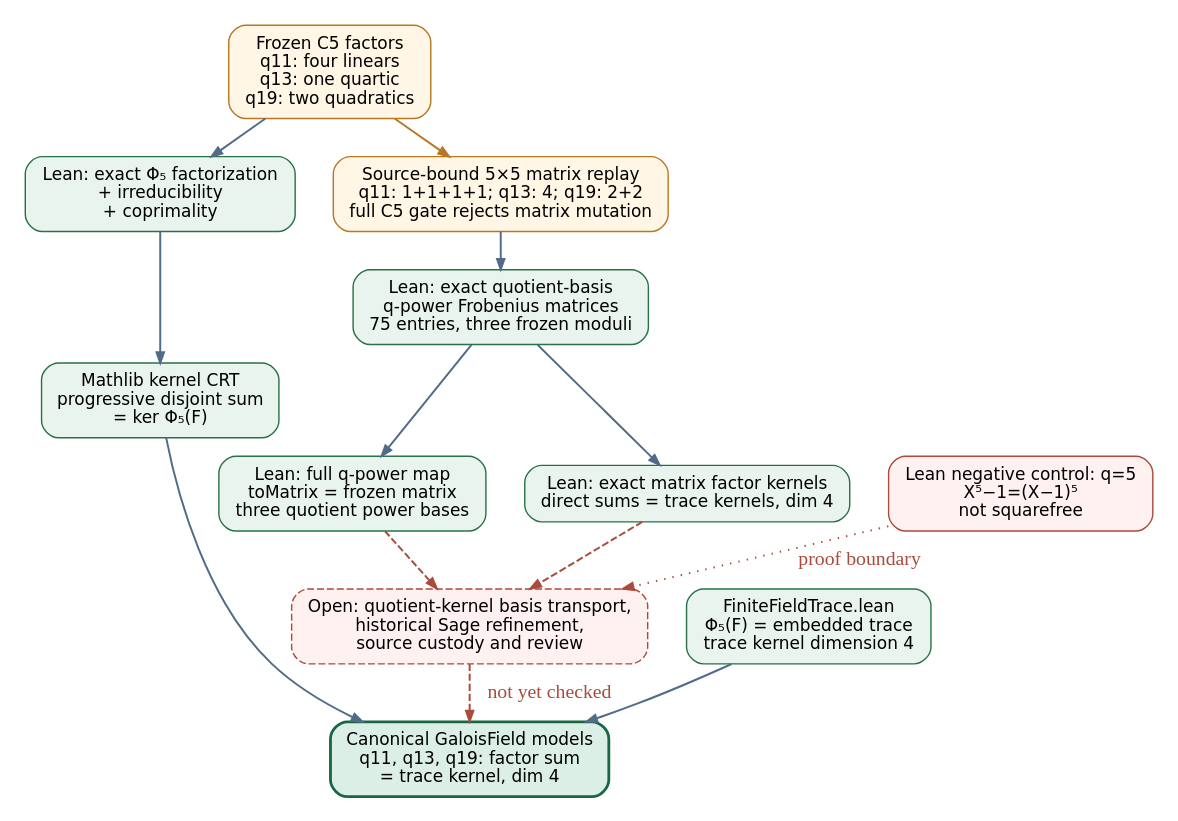
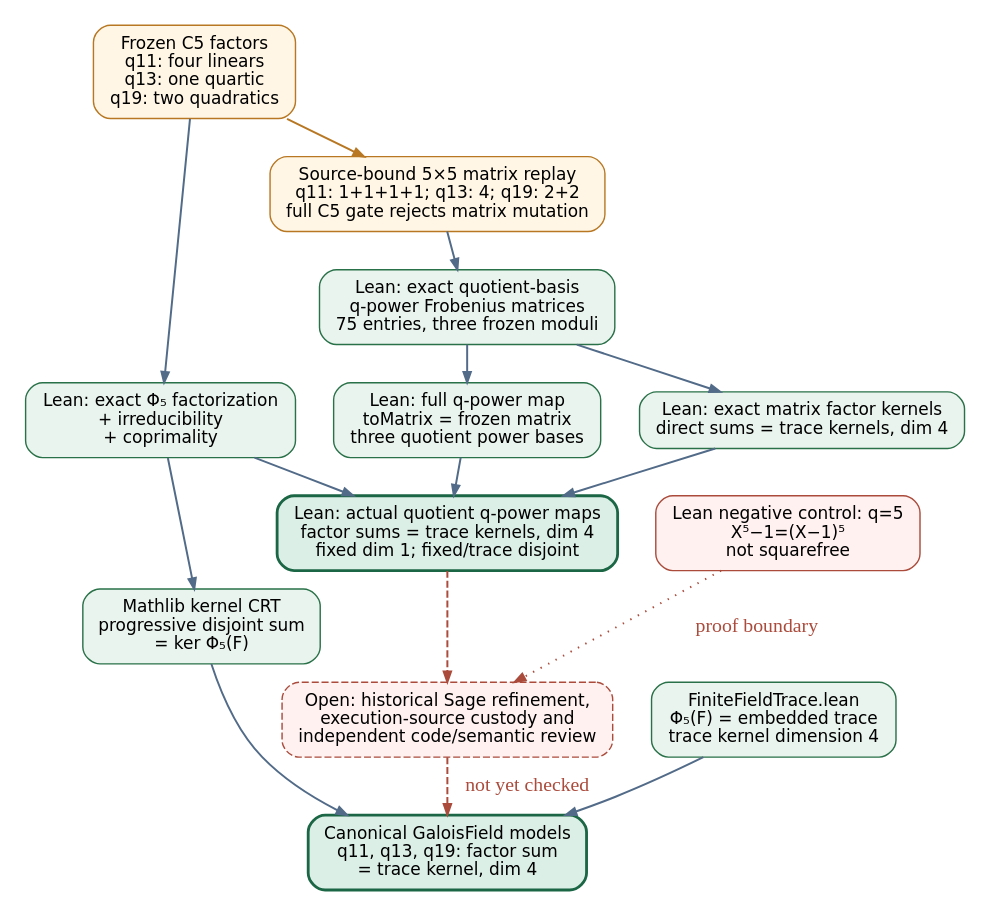
Before and after one commit to aburan28/crypto-autoresearcher: the diagram in docs/reports/2026-10-22-frob-c5-factor-kernels/proof.dot, drawn with Graphviz. The commit also changed 24 other files, not shown here.

Commit message:
Record exact-source C5 quotient controls and update proof graphs

```diff
--- a/docs/reports/2026-10-22-frob-c5-factor-kernels/proof.dot
+++ b/docs/reports/2026-10-22-frob-c5-factor-kernels/proof.dot
@@ -1,26 +1,29 @@
 digraph C5FactorProof {
   graph [rankdir=TB, bgcolor="white", fontname="DejaVu Sans", nodesep=0.38, ranksep=0.36, pad=0.14];
   node [shape=box, style="rounded,filled", fontname="DejaVu Sans", fontsize=12, color="#274c77", fillcolor="#edf5ff", margin="0.16,0.10"];
   edge [color="#526b88", arrowsize=0.75, penwidth=1.4];
   frozen [label="Frozen C5 factors\nq11: four linears\nq13: one quartic\nq19: two quadratics", fillcolor="#fff6e5", color="#b87823"];
   exact [label="Lean: exact Φ₅ factorization\n+ irreducibility\n+ coprimality", fillcolor="#eaf4ee", color="#297148"];
   crt [label="Mathlib kernel CRT\nprogressive disjoint sum\n= ker Φ₅(F)", fillcolor="#eaf4ee", color="#297148"];
   trace [label="FiniteFieldTrace.lean\nΦ₅(F) = embedded trace\ntrace kernel dimension 4", fillcolor="#eaf4ee", color="#297148"];
   result [label="Canonical GaloisField models\nq11, q13, q19: factor sum\n= trace kernel, dim 4", fillcolor="#dcefe7", color="#1b6644", penwidth=2];
   replay [label="Source-bound 5×5 matrix replay\nq11: 1+1+1+1; q13: 4; q19: 2+2\nfull C5 gate rejects matrix mutation", fillcolor="#fff6e5", color="#b87823"];
   quotient [label="Lean: exact quotient-basis\nq-power Frobenius matrices\n75 entries, three frozen moduli", fillcolor="#eaf4ee", color="#297148"];
   fullmap [label="Lean: full q-power map\ntoMatrix = frozen matrix\nthree quotient power bases", fillcolor="#eaf4ee", color="#297148"];
   matrixkernel [label="Lean: exact matrix factor kernels\ndirect sums = trace kernels, dim 4", fillcolor="#eaf4ee", color="#297148"];
+  quotientkernel [label="Lean: actual quotient q-power maps\nfactor sums = trace kernels, dim 4\nfixed dim 1; fixed/trace disjoint", fillcolor="#dcefe7", color="#1b6644", penwidth=2];
   char5 [label="Lean negative control: q=5\nX⁵−1=(X−1)⁵\nnot squarefree", fillcolor="#fff1ef", color="#aa4b3c"];
-  bridge [label="Open: quotient-kernel basis transport,\nhistorical Sage refinement,\nsource custody and review", style="rounded,dashed,filled", fillcolor="#fff1ef", color="#aa4b3c"];
+  bridge [label="Open: historical Sage refinement,\nexecution-source custody and\nindependent code/semantic review", style="rounded,dashed,filled", fillcolor="#fff1ef", color="#aa4b3c"];
   frozen -> exact -> crt -> result;
   trace -> result;
   frozen -> replay [color="#b87823"];
   replay -> quotient;
   quotient -> fullmap;
   quotient -> matrixkernel;
-  fullmap -> bridge [style=dashed, color="#aa4b3c"];
-  matrixkernel -> bridge [style=dashed, color="#aa4b3c"];
+  fullmap -> quotientkernel;
+  matrixkernel -> quotientkernel;
+  exact -> quotientkernel;
+  quotientkernel -> bridge [style=dashed, color="#aa4b3c"];
   char5 -> bridge [style=dotted, color="#aa4b3c", label="proof boundary", fontcolor="#aa4b3c"];
   bridge -> result [style=dashed, color="#aa4b3c", label="not yet checked", fontcolor="#aa4b3c"];
 }
```
